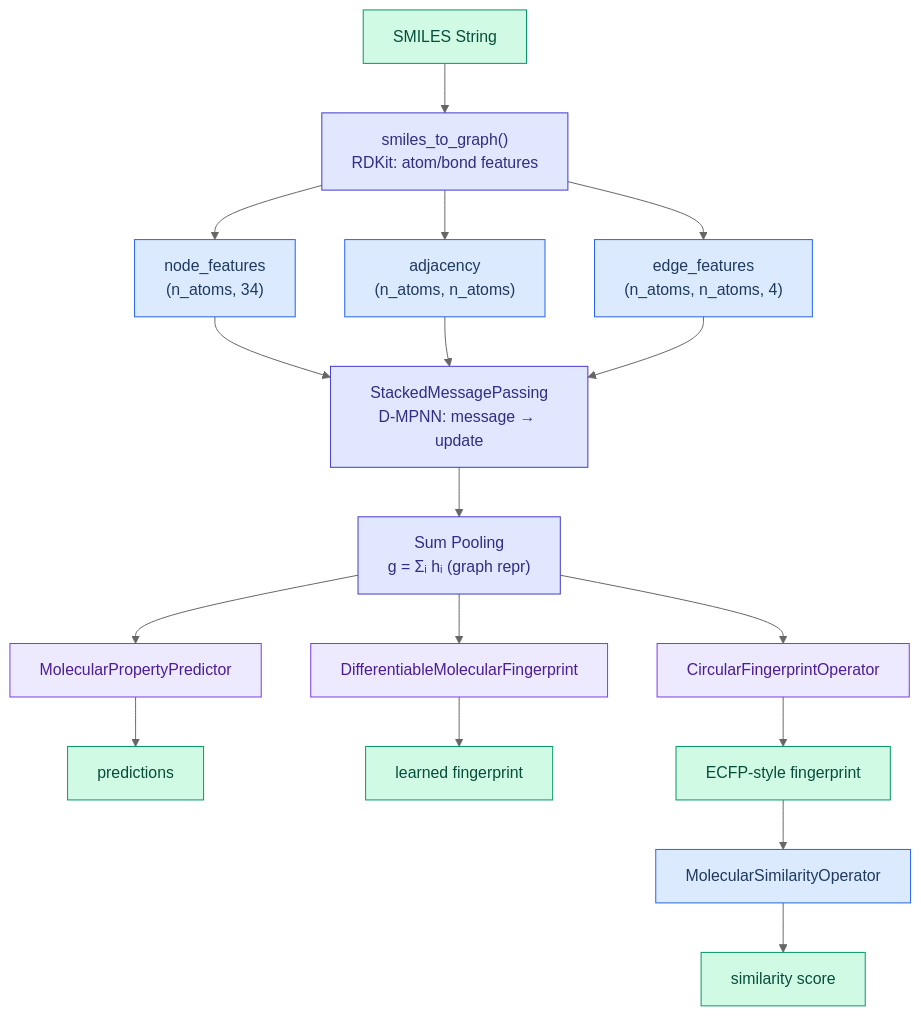
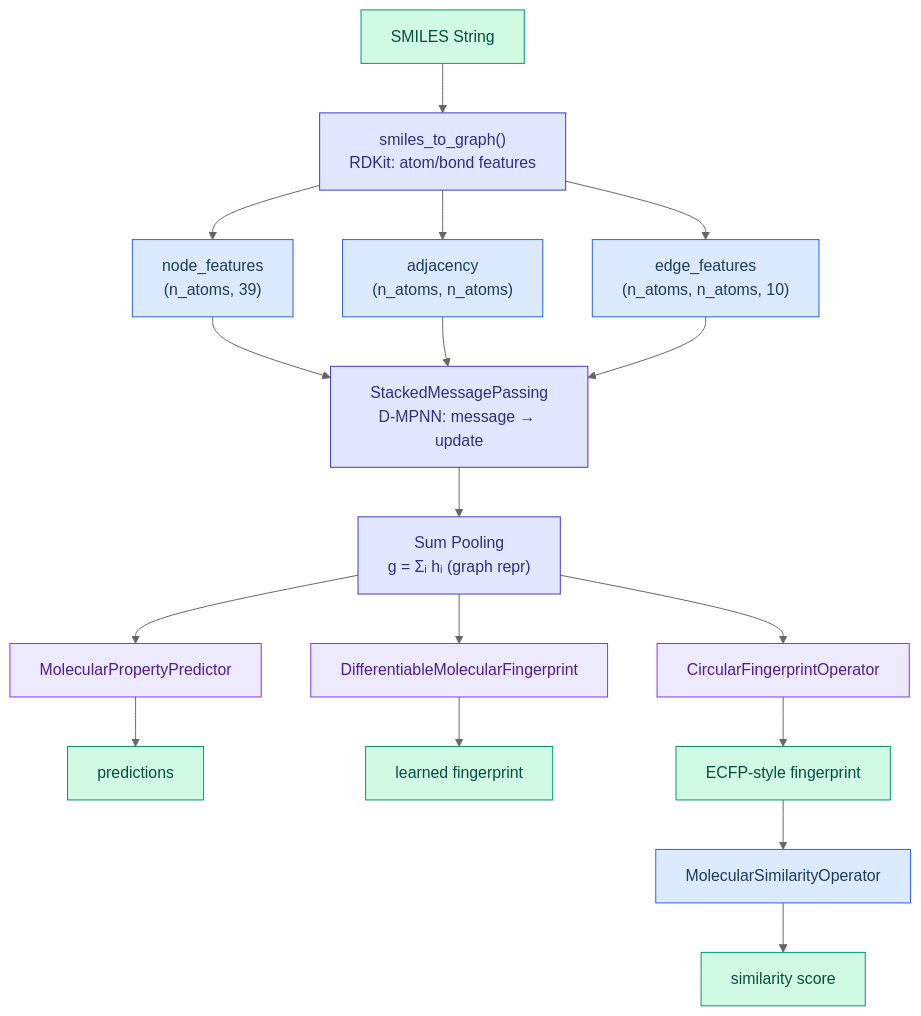
One commit to avitai/DiffBio changed the diagram in docs/user-guide/operators/drug-discovery.md. Above: the diagram before and after it, drawn with Mermaid (neutral theme). The commit also changed other lines of this file and 7 other files, not shown here.

````diff
--- a/docs/user-guide/operators/drug-discovery.md
+++ b/docs/user-guide/operators/drug-discovery.md
@@ -54,35 +54,35 @@
 ```mermaid
 graph TB
     A["SMILES String"] --> B["smiles_to_graph()<br/>RDKit: atom/bond features"]
-    B --> NF["node_features<br/>(n_atoms, 34)"]
+    B --> NF["node_features<br/>(n_atoms, 39)"]
     B --> ADJ["adjacency<br/>(n_atoms, n_atoms)"]
-    B --> EF["edge_features<br/>(n_atoms, n_atoms, 4)"]
+    B --> EF["edge_features<br/>(n_atoms, n_atoms, 10)"]
     NF --> C["StackedMessagePassing<br/>D-MPNN: message → update"]
     ADJ --> C
     EF --> C
     C --> D["Sum Pooling<br/>g = Σᵢ hᵢ (graph repr)"]
     D --> E["MolecularPropertyPredictor"]
     D --> F["DifferentiableMolecularFingerprint"]
     D --> G["CircularFingerprintOperator"]
     E --> E1["predictions"]
     F --> F1["learned fingerprint"]
     G --> G1["ECFP-style fingerprint"]
     G1 --> H["MolecularSimilarityOperator"]
     H --> H1["similarity score"]
 
     style A fill:#d1fae5,stroke:#059669,color:#064e3b
     style B fill:#e0e7ff,stroke:#4338ca,color:#312e81
     style NF fill:#dbeafe,stroke:#2563eb,color:#1e3a5f
     style ADJ fill:#dbeafe,stroke:#2563eb,color:#1e3a5f
     style EF fill:#dbeafe,stroke:#2563eb,color:#1e3a5f
     style C fill:#e0e7ff,stroke:#4338ca,color:#312e81
     style D fill:#e0e7ff,stroke:#4338ca,color:#312e81
     style E fill:#ede9fe,stroke:#7c3aed,color:#4c1d95
     style F fill:#ede9fe,stroke:#7c3aed,color:#4c1d95
     style G fill:#ede9fe,stroke:#7c3aed,color:#4c1d95
     style E1 fill:#d1fae5,stroke:#059669,color:#064e3b
     style F1 fill:#d1fae5,stroke:#059669,color:#064e3b
     style G1 fill:#d1fae5,stroke:#059669,color:#064e3b
     style H fill:#dbeafe,stroke:#2563eb,color:#1e3a5f
     style H1 fill:#d1fae5,stroke:#059669,color:#064e3b
 ```
````
